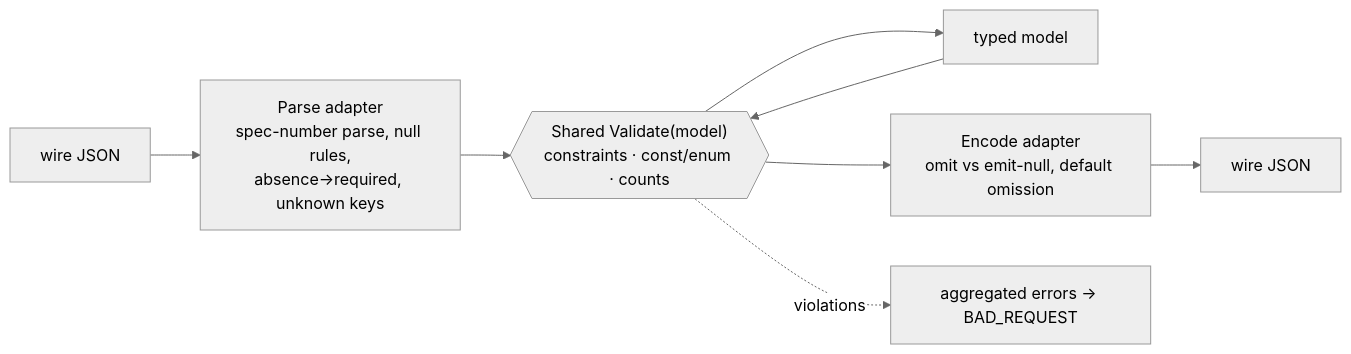
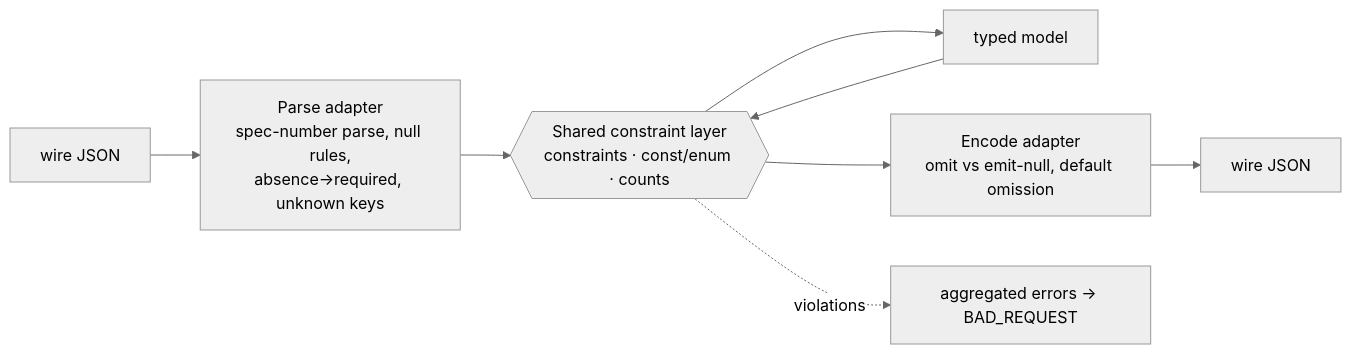
The second of 2 diagrams in specs/json-schema/pipeline.md (bergundy/nexgen), drawn with Mermaid (neutral theme) before and after one commit. The commit also changed other lines of this file and 287 other files, not shown here.

First line of the commit message:
Close JSON Schema gap-analysis findings (#169)

````diff
--- a/specs/json-schema/pipeline.md
+++ b/specs/json-schema/pipeline.md
@@ -66,10 +86,10 @@
 ```mermaid
 flowchart LR
     W1["wire JSON"] --> PA["Parse adapter<br/>spec-number parse, null rules,<br/>absence→required, unknown keys"]
-    PA --> VAL{{"Shared Validate(model)<br/>constraints · const/enum · counts"}}
+    PA --> VAL{{"Shared constraint layer<br/>constraints · const/enum · counts"}}
     VAL --> M["typed model"]
     M --> VAL
     VAL --> EA["Encode adapter<br/>omit vs emit-null, default omission"]
     EA --> W2["wire JSON"]
     VAL -. "violations" .-> ERR["aggregated errors → BAD_REQUEST"]
 ```
````
